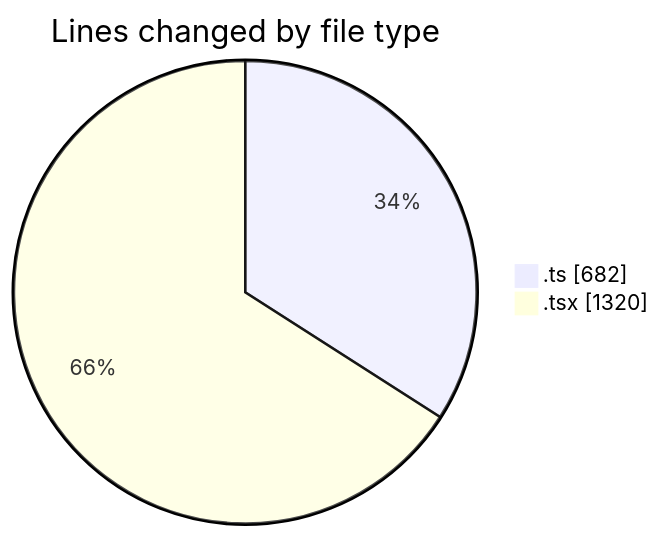
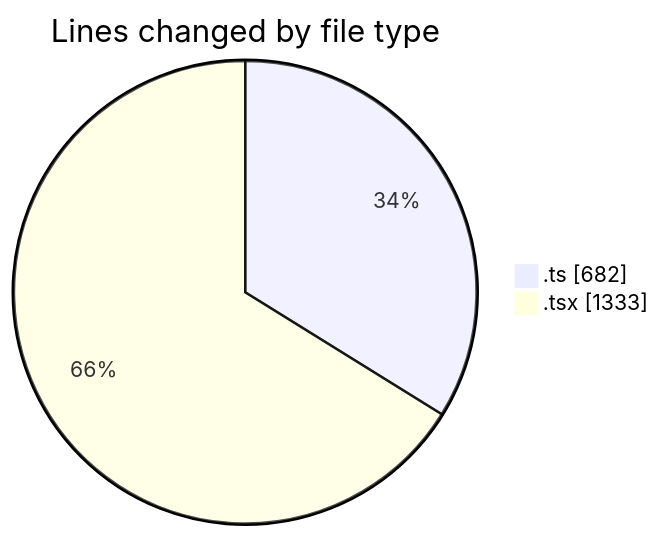
The first of 2 diagrams in 2026-03-23/nxtqube_webapp/README.md (nxtqubesakshisongat/code-tracking), drawn with Mermaid before and after one commit. The commit also changed other lines of this file and 1 other file, not shown here.

````diff
--- a/2026-03-23/nxtqube_webapp/README.md
+++ b/2026-03-23/nxtqube_webapp/README.md
@@ -23,6 +23,6 @@
 ```mermaid
 pie showData
 title Lines changed by file type
 ".ts" : 682
-".tsx" : 1320
+".tsx" : 1333
 ```
````
